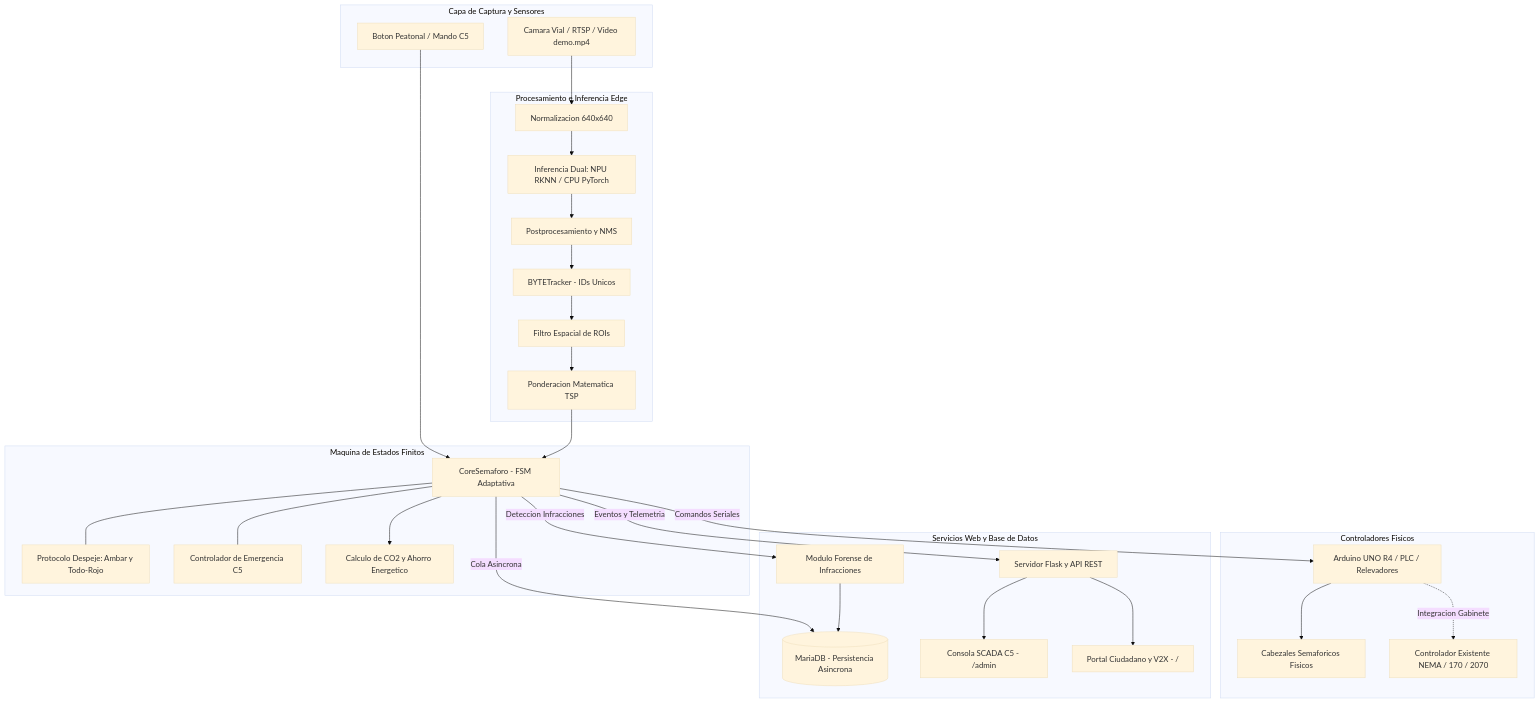
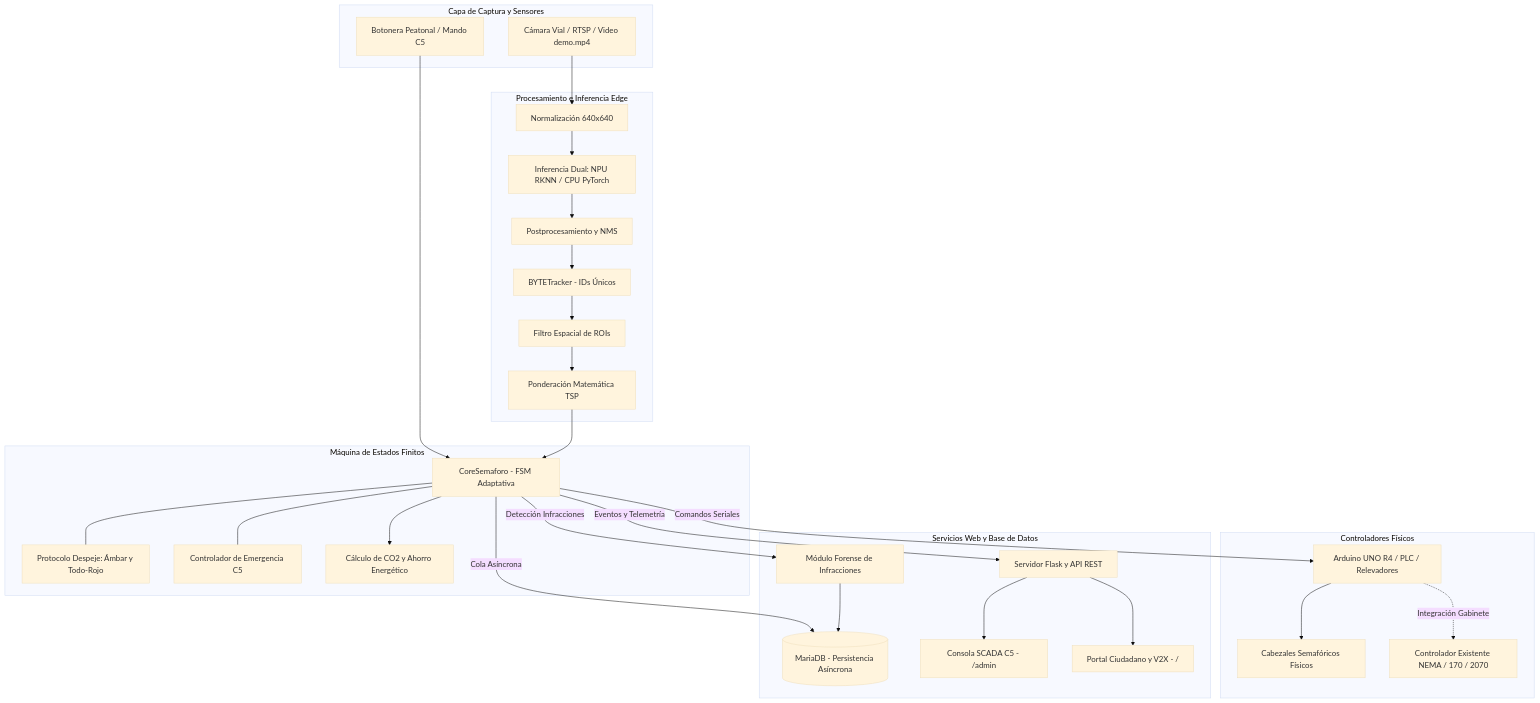
The diagram in docs/arquitectura.mmd (Pozole98/fluxa-smart-city), drawn with Mermaid (base theme) before and after one commit. The commit also changed 4 other files, not shown here.

Commit message:
fix(docs): corregir sintaxis de diagramas Mermaid para renderizado nativo en GitHub

```diff
--- a/docs/arquitectura.mmd
+++ b/docs/arquitectura.mmd
@@ -1,60 +1,60 @@
-graph TD
-    subgraph SENSORICA [Capa de Captura y Sensores]
-        CAM[Camara Vial / RTSP / Video demo.mp4]
-        CALL_BTN[Boton Peatonal / Mando C5]
+flowchart TD
+    subgraph SENSORICA ["Capa de Captura y Sensores"]
+        CAM["Cámara Vial / RTSP / Video demo.mp4"]
+        CALL_BTN["Botonera Peatonal / Mando C5"]
     end
 
-    subgraph PROCESAMIENTO [Procesamiento e Inferencia Edge]
-        PRE[Normalizacion 640x640]
-        INFER[Inferencia Dual: NPU RKNN / CPU PyTorch]
-        POST[Postprocesamiento y NMS]
-        TRACKER[BYTETracker - IDs Unicos]
-        ROI[Filtro Espacial de ROIs]
-        TSP[Ponderacion Matematica TSP]
+    subgraph PROCESAMIENTO ["Procesamiento e Inferencia Edge"]
+        PRE["Normalización 640x640"]
+        INFER["Inferencia Dual: NPU RKNN / CPU PyTorch"]
+        POST["Postprocesamiento y NMS"]
+        TRACKER["BYTETracker - IDs Únicos"]
+        ROI["Filtro Espacial de ROIs"]
+        TSP["Ponderación Matemática TSP"]
     end
 
-    subgraph FSM_CORE [Maquina de Estados Finitos]
-        FSM[CoreSemaforo - FSM Adaptativa]
-        CLEARANCE[Protocolo Despeje: Ambar y Todo-Rojo]
-        EMERGENCY[Controlador de Emergencia C5]
-        SUSTAIN[Calculo de CO2 y Ahorro Energetico]
+    subgraph FSM_CORE ["Máquina de Estados Finitos"]
+        FSM["CoreSemaforo - FSM Adaptativa"]
+        CLEARANCE["Protocolo Despeje: Ámbar y Todo-Rojo"]
+        EMERGENCY["Controlador de Emergencia C5"]
+        SUSTAIN["Cálculo de CO2 y Ahorro Energético"]
     end
 
-    subgraph HARDWARE_OUTPUT [Controladores Fisicos]
-        ARDUINO[Arduino UNO R4 / PLC / Relevadores]
-        LIGHTS[Cabezales Semaforicos Fisicos]
-        CONTROLLER_EX[Controlador Existente NEMA / 170 / 2070]
+    subgraph HARDWARE_OUTPUT ["Controladores Físicos"]
+        ARDUINO["Arduino UNO R4 / PLC / Relevadores"]
+        LIGHTS["Cabezales Semafóricos Físicos"]
+        CONTROLLER_EX["Controlador Existente NEMA / 170 / 2070"]
     end
 
-    subgraph SERVICIOS [Servicios Web y Base de Datos]
-        MARIADB[(MariaDB - Persistencia Asincrona)]
-        FLASK_API[Servidor Flask y API REST]
-        SCADA[Consola SCADA C5 - /admin]
-        PUBLIC_PORTAL[Portal Ciudadano y V2X - /]
-        VIOLATIONS[Modulo Forense de Infracciones]
+    subgraph SERVICIOS ["Servicios Web y Base de Datos"]
+        MARIADB[("MariaDB - Persistencia Asíncrona")]
+        FLASK_API["Servidor Flask y API REST"]
+        SCADA["Consola SCADA C5 - /admin"]
+        PUBLIC_PORTAL["Portal Ciudadano y V2X - /"]
+        VIOLATIONS["Módulo Forense de Infracciones"]
     end
 
     CAM --> PRE
     CALL_BTN --> FSM
     PRE --> INFER
     INFER --> POST
     POST --> TRACKER
     TRACKER --> ROI
     ROI --> TSP
     TSP --> FSM
 
     FSM --- CLEARANCE
     FSM --- EMERGENCY
     FSM --> SUSTAIN
 
     FSM -->|Comandos Seriales| ARDUINO
     ARDUINO --> LIGHTS
-    ARDUINO -.->|Integracion Gabinete| CONTROLLER_EX
+    ARDUINO -.->|Integración Gabinete| CONTROLLER_EX
 
-    FSM -->|Eventos y Telemetria| FLASK_API
-    FSM -->|Cola Asincrona| MARIADB
-    FSM -->|Deteccion Infracciones| VIOLATIONS
+    FSM -->|Eventos y Telemetría| FLASK_API
+    FSM -->|Cola Asíncrona| MARIADB
+    FSM -->|Detección Infracciones| VIOLATIONS
 
     FLASK_API --> SCADA
     FLASK_API --> PUBLIC_PORTAL
     VIOLATIONS --> MARIADB
```
